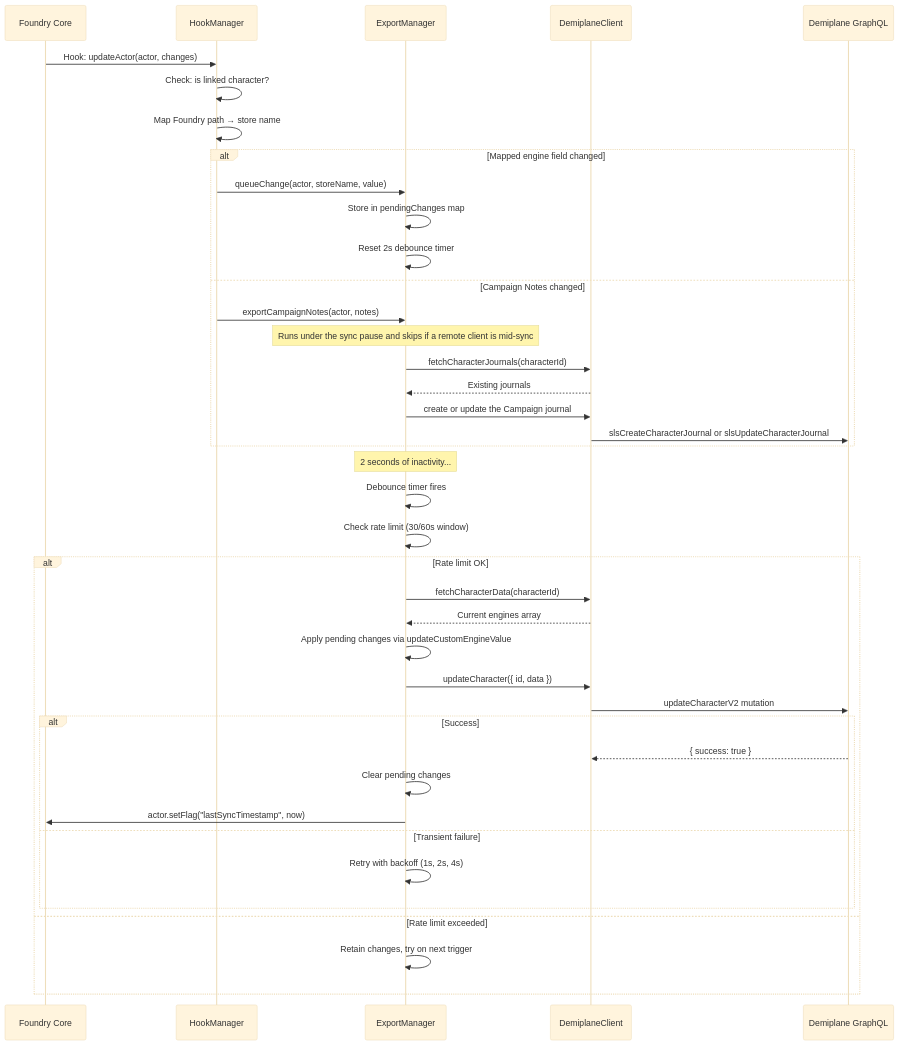
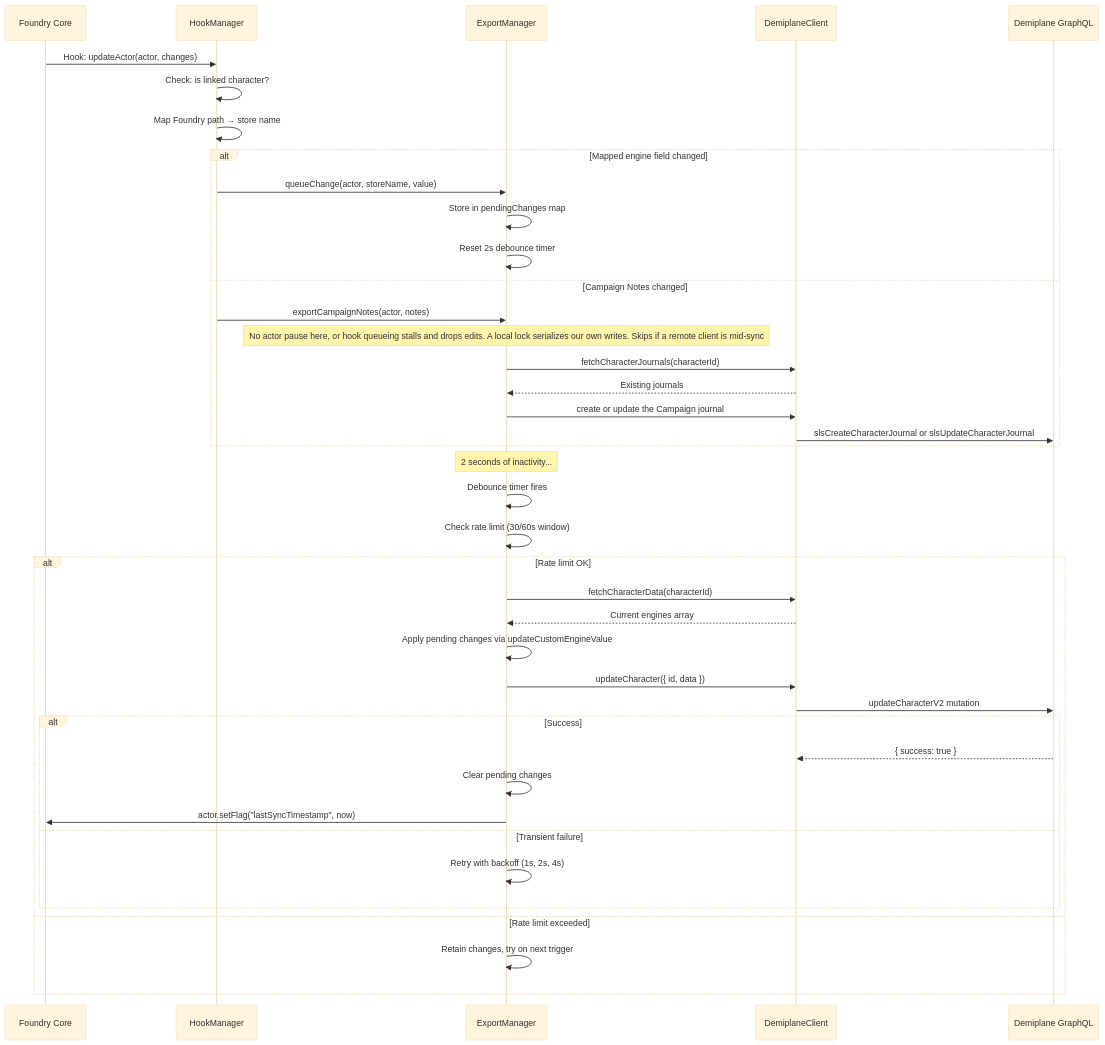
Before and after one commit to scooper4711/demiplane-pf2e: the fifth of 7 diagrams in docs/ARCHITECTURE.md, drawn with Mermaid (base theme). The commit also changed other lines of this file and 1 other file, not shown here.

Commit message:
docs: record mutation-testing findings (deity, sync tokens, subtitle)

````diff
--- a/docs/ARCHITECTURE.md
+++ b/docs/ARCHITECTURE.md
@@ -473,49 +473,49 @@
 ```mermaid
 sequenceDiagram
     participant Foundry as Foundry Core
     participant HM as HookManager
     participant EM as ExportManager
     participant DC as DemiplaneClient
     participant API as Demiplane GraphQL
 
     Foundry->>HM: Hook: updateActor(actor, changes)
     HM->>HM: Check: is linked character?
     HM->>HM: Map Foundry path → store name
 
     alt Mapped engine field changed
         HM->>EM: queueChange(actor, storeName, value)
         EM->>EM: Store in pendingChanges map
         EM->>EM: Reset 2s debounce timer
     else Campaign Notes changed
         HM->>EM: exportCampaignNotes(actor, notes)
-        Note over EM: Runs under the sync pause and skips if a remote client is mid-sync
+        Note over EM: No actor pause here, or hook queueing stalls and drops edits. A local lock serializes our own writes. Skips if a remote client is mid-sync
         EM->>DC: fetchCharacterJournals(characterId)
         DC-->>EM: Existing journals
         EM->>DC: create or update the Campaign journal
         DC->>API: slsCreateCharacterJournal or slsUpdateCharacterJournal
     end
 
     Note over EM: 2 seconds of inactivity...
 
     EM->>EM: Debounce timer fires
     EM->>EM: Check rate limit (30/60s window)
 
     alt Rate limit OK
         EM->>DC: fetchCharacterData(characterId)
         DC-->>EM: Current engines array
 
         EM->>EM: Apply pending changes via updateCustomEngineValue
         EM->>DC: updateCharacter({ id, data })
         DC->>API: updateCharacterV2 mutation
 
         alt Success
             API-->>DC: { success: true }
             EM->>EM: Clear pending changes
             EM->>Foundry: actor.setFlag("lastSyncTimestamp", now)
         else Transient failure
             EM->>EM: Retry with backoff (1s, 2s, 4s)
         end
     else Rate limit exceeded
         EM->>EM: Retain changes, try on next trigger
     end
 ```
````
